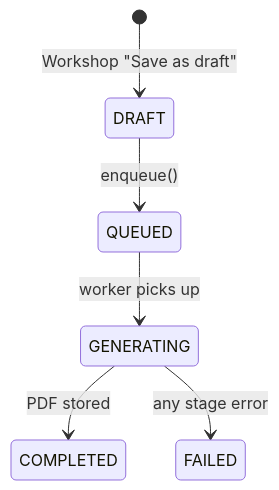
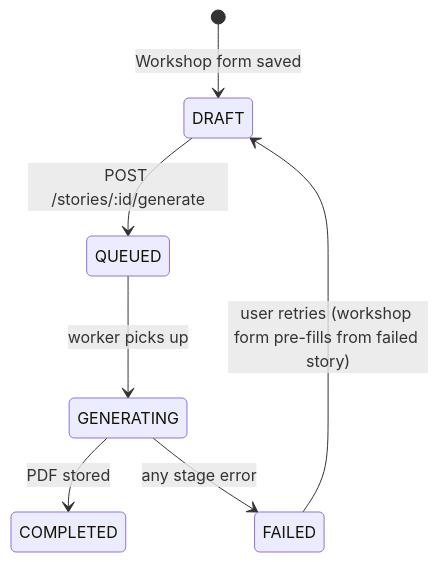
One commit to Shagon1k/TailorTales changed the second of 2 diagrams in _docs/architecture/data-model.md. Above: the diagram before and after it, drawn with Mermaid. The commit also changed other lines of this file and 24 other files, not shown here.

````diff
--- a/_docs/architecture/data-model.md
+++ b/_docs/architecture/data-model.md
@@ -163,8 +215,9 @@
 ```mermaid
 stateDiagram-v2
-    [*] --> DRAFT: Workshop "Save as draft"
-    DRAFT --> QUEUED: enqueue()
-    QUEUED --> GENERATING: worker picks up
-    GENERATING --> COMPLETED: PDF stored
-    GENERATING --> FAILED: any stage error
+    [*] --> DRAFT : Workshop form saved
+    DRAFT --> QUEUED : POST /stories/:id/generate
+    QUEUED --> GENERATING : worker picks up
+    GENERATING --> COMPLETED : PDF stored
+    GENERATING --> FAILED : any stage error
+    FAILED --> DRAFT : user retries (workshop form pre-fills from failed story)
 ```
````
